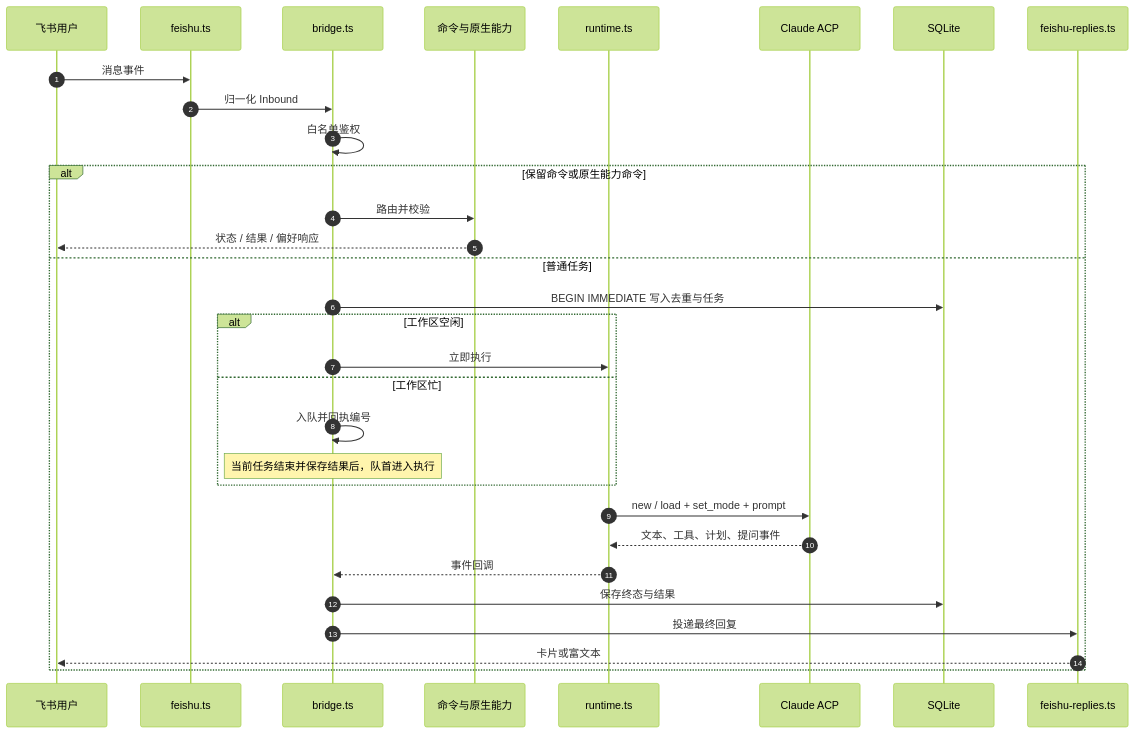
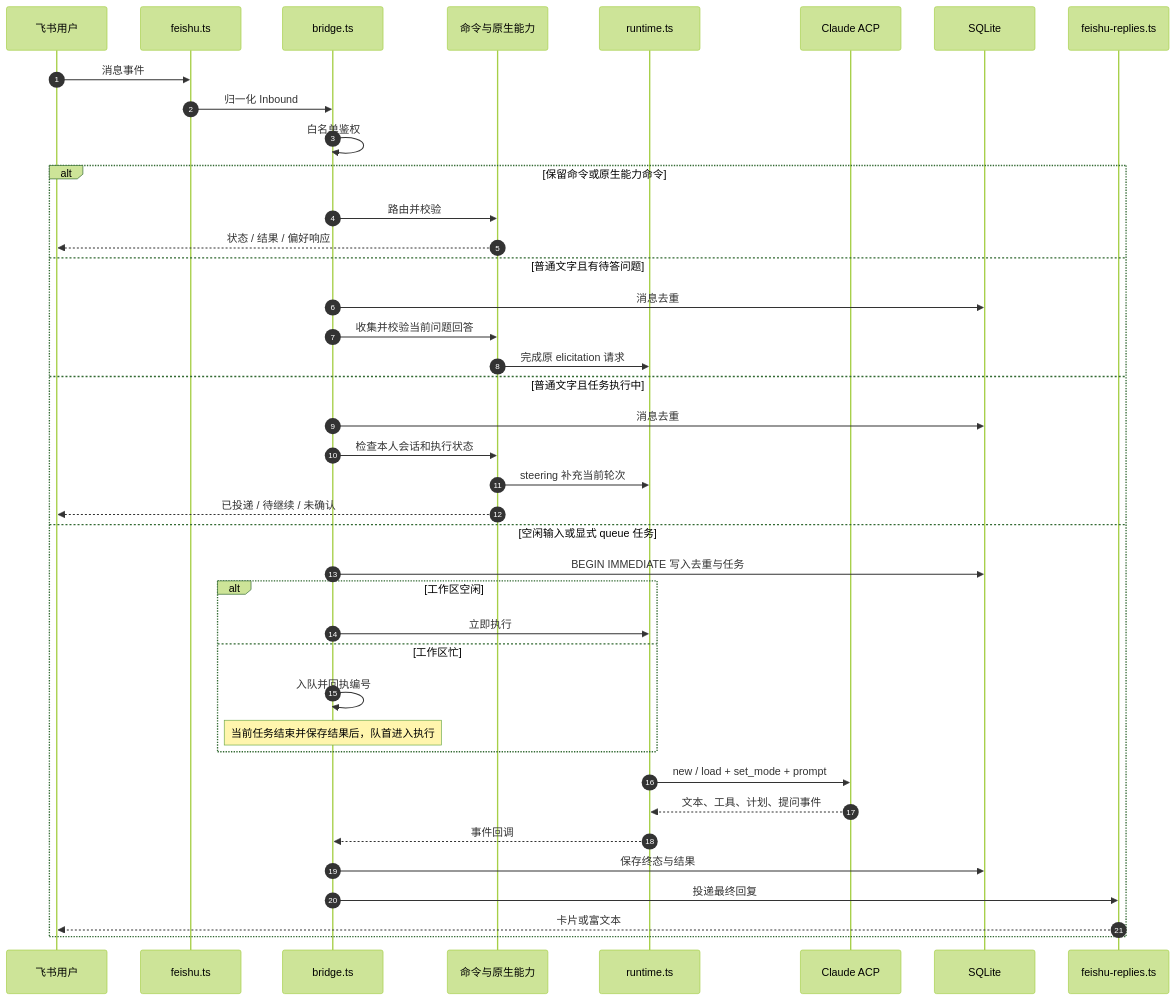
Before and after one commit to maxtanforge/agent-bridge: the second of 4 diagrams in docs/design.md, drawn with Mermaid (forest theme). The commit also changed other lines of this file and 27 other files, not shown here.

````diff
--- a/docs/design.md
+++ b/docs/design.md
@@ -32,34 +32,43 @@
 ```mermaid
 sequenceDiagram
   autonumber
   participant U as 飞书用户
   participant F as feishu.ts
   participant B as bridge.ts
   participant C as 命令与原生能力
   participant R as runtime.ts
   participant A as Claude ACP
   participant DB as SQLite
   participant P as feishu-replies.ts
 
   U->>F: 消息事件
   F->>B: 归一化 Inbound
   B->>B: 白名单鉴权
   alt 保留命令或原生能力命令
     B->>C: 路由并校验
     C-->>U: 状态 / 结果 / 偏好响应
-  else 普通任务
+  else 普通文字且有待答问题
+    B->>DB: 消息去重
+    B->>C: 收集并校验当前问题回答
+    C->>R: 完成原 elicitation 请求
+  else 普通文字且任务执行中
+    B->>DB: 消息去重
+    B->>C: 检查本人会话和执行状态
+    C->>R: steering 补充当前轮次
+    C-->>U: 已投递 / 待继续 / 未确认
+  else 空闲输入或显式 queue 任务
     B->>DB: BEGIN IMMEDIATE 写入去重与任务
     alt 工作区空闲
       B->>R: 立即执行
     else 工作区忙
       B->>B: 入队并回执编号
       Note over B: 当前任务结束并保存结果后，队首进入执行
     end
     R->>A: new / load + set_mode + prompt
     A-->>R: 文本、工具、计划、提问事件
     R-->>B: 事件回调
     B->>DB: 保存终态与结果
     B->>P: 投递最终回复
     P-->>U: 卡片或富文本
   end
 ```
````
